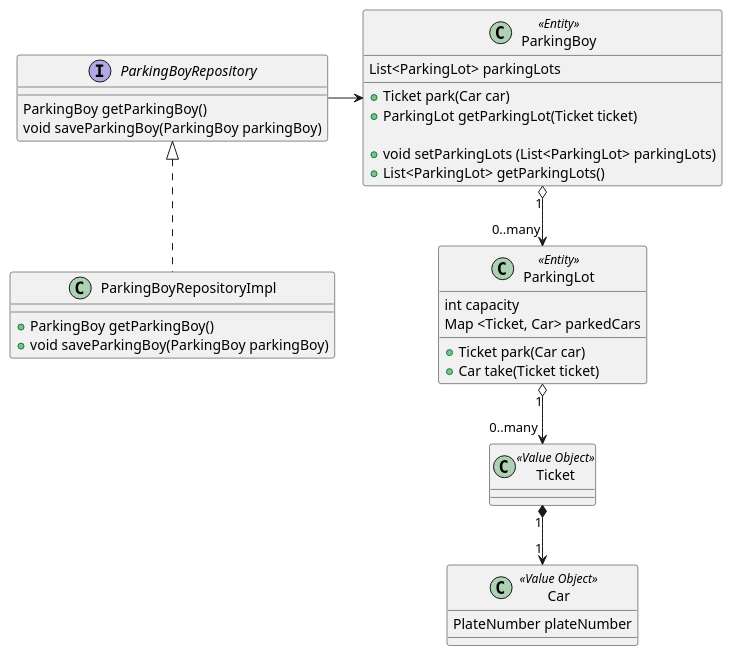
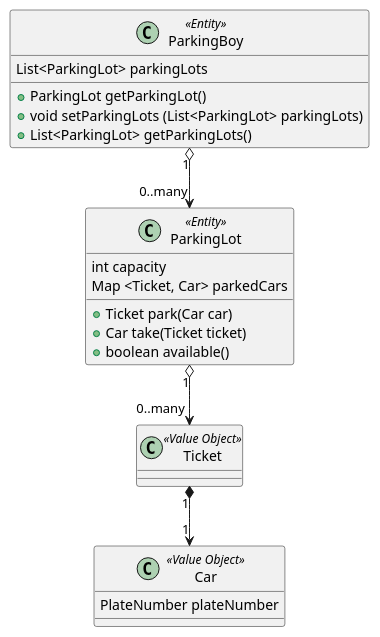
Before and after one commit to dlstonedl/ddd-practice: the diagram in src/main/resources/plantuml/ParkingLotsManagement.puml, drawn with PlantUML. The commit also changed 1 other file, not shown here.

```diff
--- a/src/main/resources/plantuml/ParkingLotsManagement.puml
+++ b/src/main/resources/plantuml/ParkingLotsManagement.puml
@@ -1,47 +1,31 @@
 @startuml
 
 class ParkingBoy << Entity >> {
   List<ParkingLot> parkingLots
 
-  + Ticket park(Car car)
-  + ParkingLot getParkingLot(Ticket ticket)
-
+  + ParkingLot getParkingLot()
   + void setParkingLots (List<ParkingLot> parkingLots)
   + List<ParkingLot> getParkingLots()
 }
-
-interface ParkingBoyRepository {
-  ParkingBoy getParkingBoy()
-  void saveParkingBoy(ParkingBoy parkingBoy)
-}
-
-class ParkingBoyRepositoryImpl {
-  + ParkingBoy getParkingBoy()
-  + void saveParkingBoy(ParkingBoy parkingBoy)
-}
-
-ParkingBoyRepository <|.. ParkingBoyRepositoryImpl
-
-ParkingBoyRepository -> ParkingBoy
 
 class ParkingLot << Entity >> {
   int capacity
   Map <Ticket, Car> parkedCars
 
   + Ticket park(Car car)
   + Car take(Ticket ticket)
+  + boolean available()
 }
-
 
 Class Car << Value Object >> {
     PlateNumber plateNumber
 }
 
 Class Ticket << Value Object >> {
 }
 
 Ticket "1" *--> "1" Car
 ParkingLot "1" o--> "0..many" Ticket
 ParkingBoy "1" o--> "0..many" ParkingLot
 
 @enduml
```
